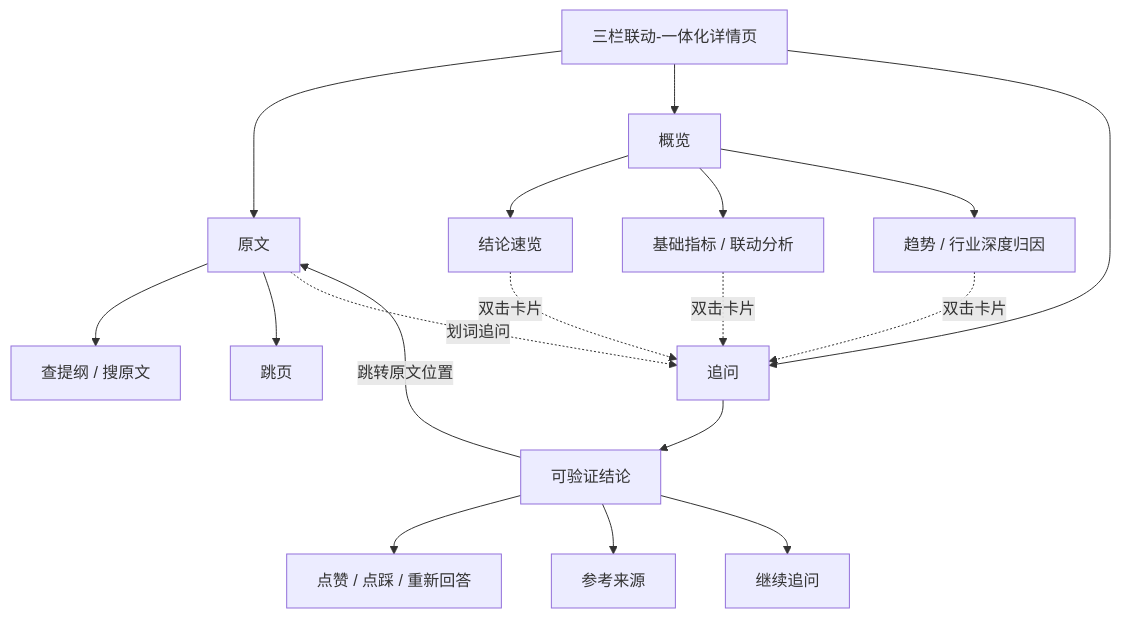
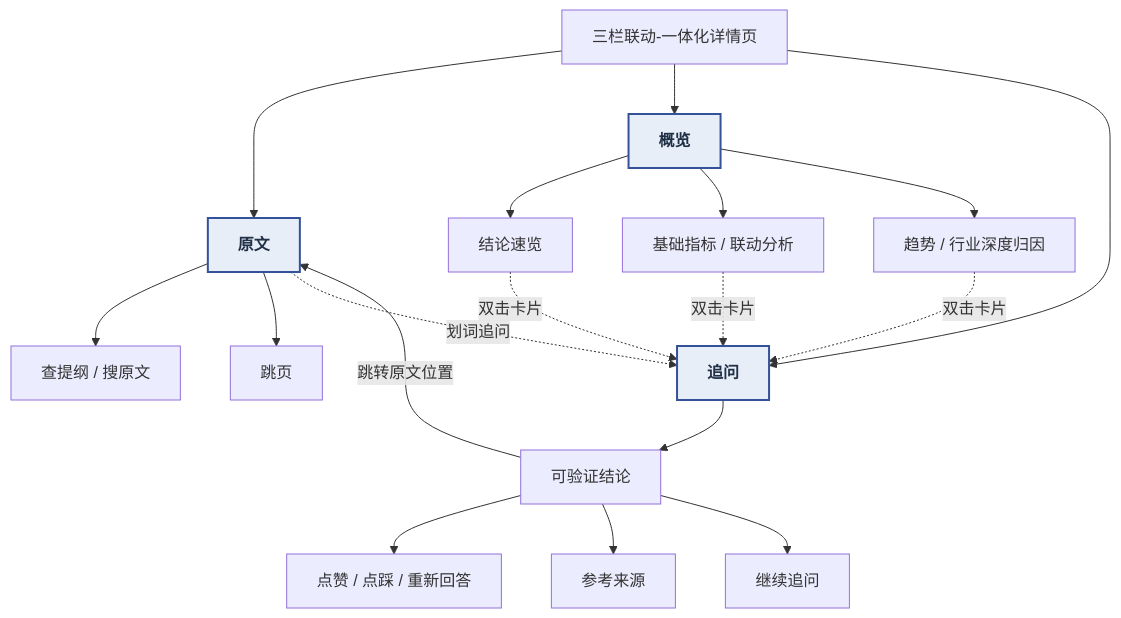
Before and after one commit to wuyongpeng/Financial-Report-Intelligence: the diagram in docs/产品介绍.md, drawn with Mermaid.

Commit message:
docs: 产品介绍怎么用图高亮三栏主节点
原文/概览/追问加 classDef 浅蓝底加粗，结构不变。

````diff
--- a/docs/产品介绍.md
+++ b/docs/产品介绍.md
@@ -16,27 +16,30 @@
 ```mermaid
 flowchart TB
   Entry["三栏联动-一体化详情页"]
 
   Entry --> Orig["原文"]
   Entry --> Over["概览"]
   Entry --> Ask["追问"]
 
   Orig --> O1["查提纲 / 搜原文"]
   Orig --> O2["跳页"]
 
   Over --> V1["结论速览"]
   Over --> V2["基础指标 / 联动分析"]
   Over --> V3["趋势 / 行业深度归因"]
 
   Ask --> Ans["可验证结论"]
 
   Ans --> F1["点赞 / 点踩 / 重新回答"]
   Ans --> F2["参考来源"]
   Ans --> F3["继续追问"]
 
   Orig -.->|"划词追问"| Ask
   V1 -.->|"双击卡片"| Ask
   V2 -.->|"双击卡片"| Ask
   V3 -.->|"双击卡片"| Ask
   Ans -->|"跳转原文位置"| Orig
+
+  classDef col fill:#e8eef8,stroke:#335299,stroke-width:2px,color:#203047,font-weight:bold
+  class Orig,Over,Ask col
 ```
````
